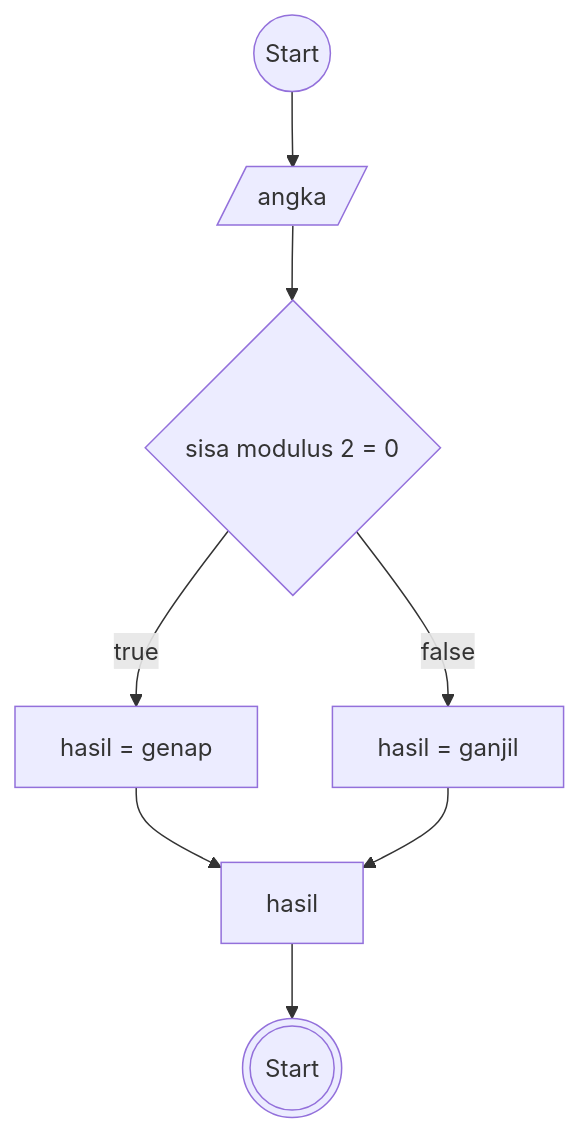
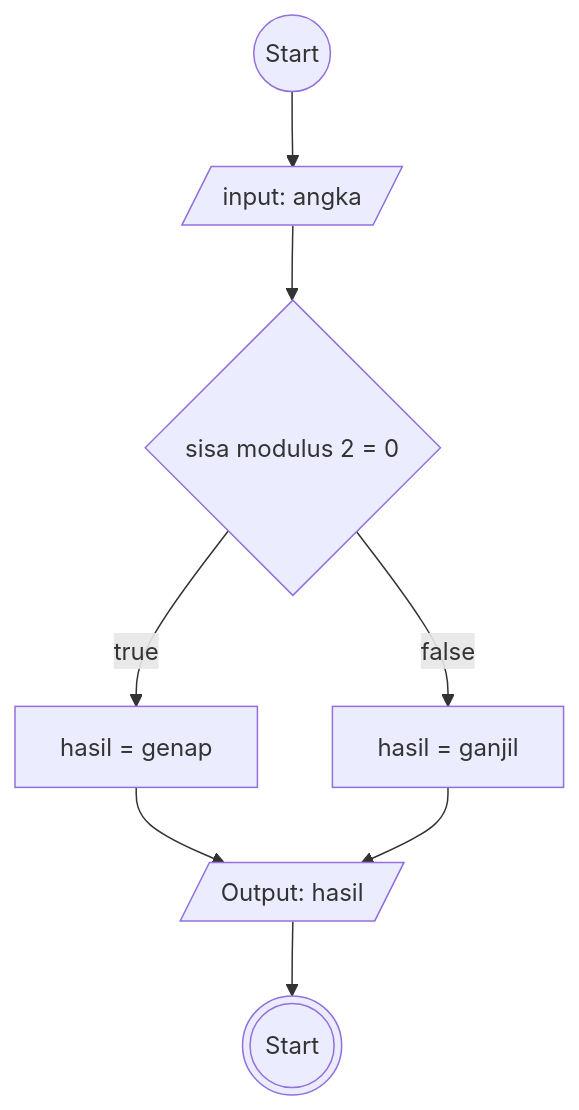
Before and after one commit to fatawaimamalmuftin/koda-b8-Algoritma: the diagram in ganjilGenap.md, drawn with Mermaid.

Commit message:
Algoritma type penulisan : Flowchart
Case: Membuat algoritma menentukan bilangan ganjil atau genap

````diff
--- a/ganjilGenap.md
+++ b/ganjilGenap.md
@@ -15,20 +15,20 @@
 ```mermaid
 flowchart TD
 
 mulai@{shape: circle, label: "Start"}
-angka@{ shape: lean-r, label: "angka" }
+angka@{ shape: lean-r, label: "input: angka" }
 modulus@{ shape: diamond, label: "sisa modulus 2 = 0" }
 hasilGn@{ shape: rect, label: "hasil = genap" }
 hasilGj@{ shape: rect, label: "hasil = ganjil"}
-hasil@{ shape: rect, label: "hasil"}
+hasil@{ shape: lean-r, label: "Output: hasil"}
 selesai@{shape: doublecircle, label: "Start"}
 
 mulai-->
 angka-->
 modulus--true-->hasilGn
 modulus--false-->hasilGj
 hasilGn-->hasil
 hasilGj-->hasil
 hasil-->selesai
 
 ```
````
